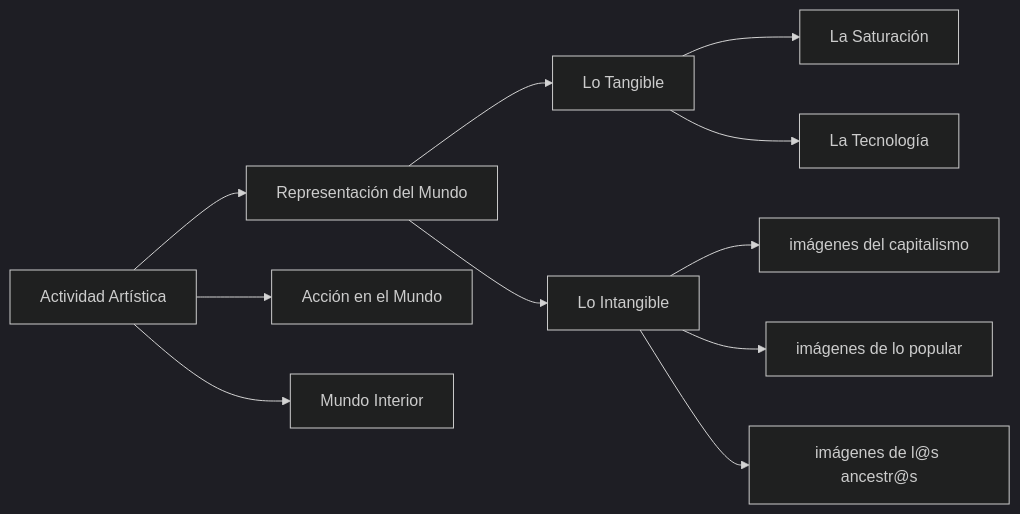
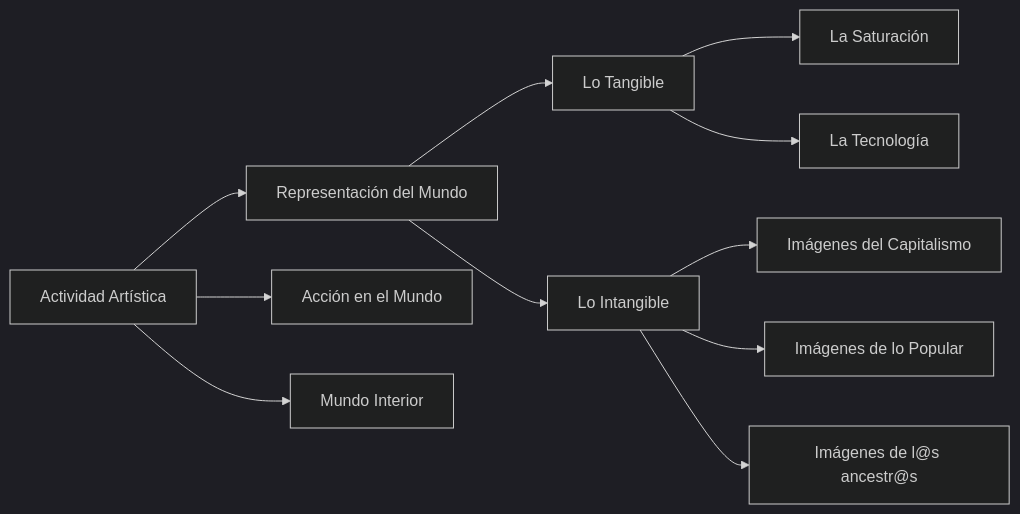
One commit to EGGS-Artesvisuales/EGGS-Artesvisuales.github.io changed the diagram in ES/mundo-exterior.md. Above: the diagram before and after it, drawn with Mermaid (dark theme). The commit also changed other lines of this file, not shown here.

```diff
--- a/ES/mundo-exterior.md
+++ b/ES/mundo-exterior.md
@@ -31,38 +32,35 @@
 <div class="mermaid">
 graph LR
     principal[Actividad Artística]
     representacion[Representación del Mundo]
     accion[Acción en el Mundo]
     interior[Mundo Interior]
 
     principal --> representacion
     principal --> accion
     principal --> interior
 
     representacion --> tangible[Lo Tangible]
     representacion --> intangible[Lo Intangible]
 
     tangible --> saturacion[La Saturación]
     tangible --> tecnologia[La Tecnología]
 
-    intangible --> capitalismo[imágenes del capitalismo]
-    intangible --> popular[imágenes de lo popular]
-    intangible --> ancestrales[imágenes de l@s ancestr@s]
+    intangible --> capitalismo[Imágenes del Capitalismo]
+    intangible --> popular[Imágenes de lo Popular]
+    intangible --> ancestrales[Imágenes de l@s ancestr@s]
 
     click principal "/ES/index.html" "Ir al Inicio"
     click representacion "/ES/mundo-exterior.html" "Ir a Representación del Mundo"
     click tangible "/ES/tangible.html" "Ir a Lo Tangible"
     click intangible "/ES/intangible.html" "Ir a Lo Intangible"
 
     click accion "/ES/accion.html" "Ir a Acción en el Mundo"
-    click interior "/ES/interior.html" "Ir a Exploración del Mundo Interior"
+    click interior "/ES/interior.html" "Ir a Mundo Interior"
 
     click saturacion "/ES/saturacion.html" "Ir a La Saturación"
-    click tecnologia "/ES/en-construcion.html" "Ir a La Tecnología"
-    click capitalismo "/ES/imagenes-capitalismo.html" "Ir a i. del capitalismo"
-    click popular "/ES/imagenes-popular.html" "Ir a i. de lo popular"
-    click ancestrales "/ES/imagenes-ancestros.html" "Ir a i. de l@s ancestr@s"
-
-
-
+    click tecnologia "/ES/en-construccion.html" "Ir a La Tecnología"
+    click capitalismo "/ES/imagenes-capitalismo.html" "Ir a Imágenes del Capitalismo"
+    click popular "/ES/imagenes-popular.html" "Ir a Imágenes de lo Popular"
+    click ancestrales "/ES/imagenes-ancestros.html" "Ir a Imágenes de l@s ancestr@s"
 </div>
```
